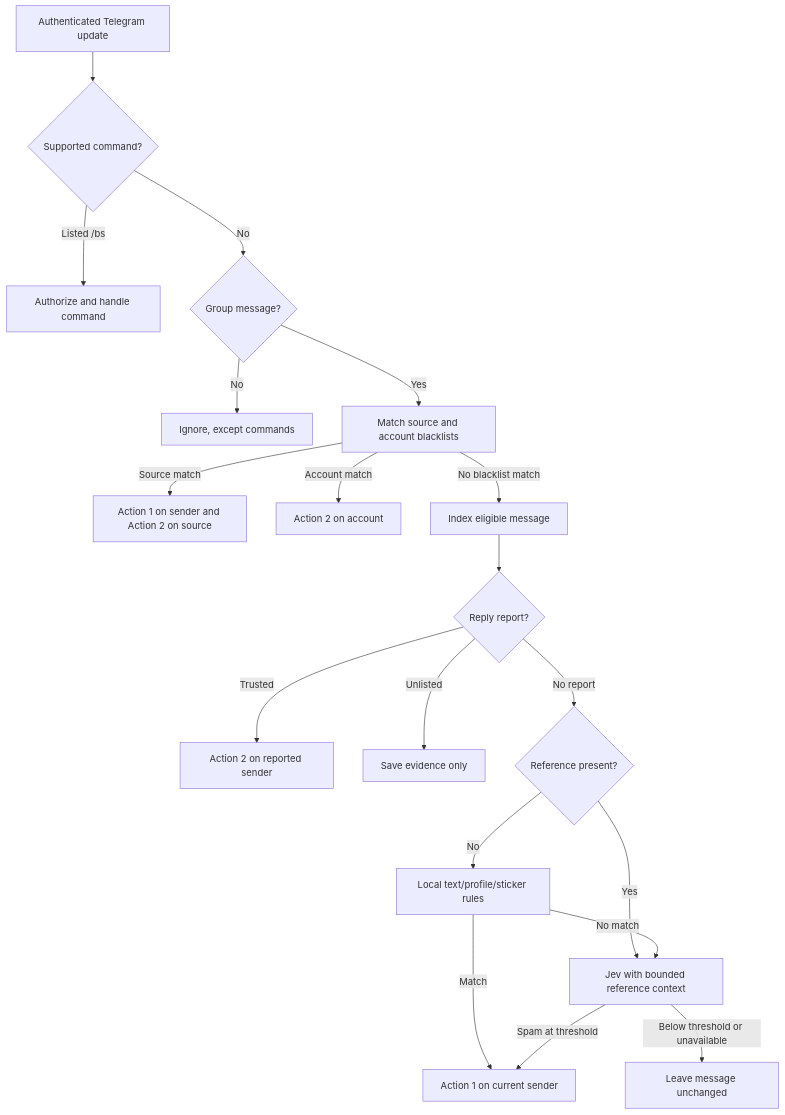
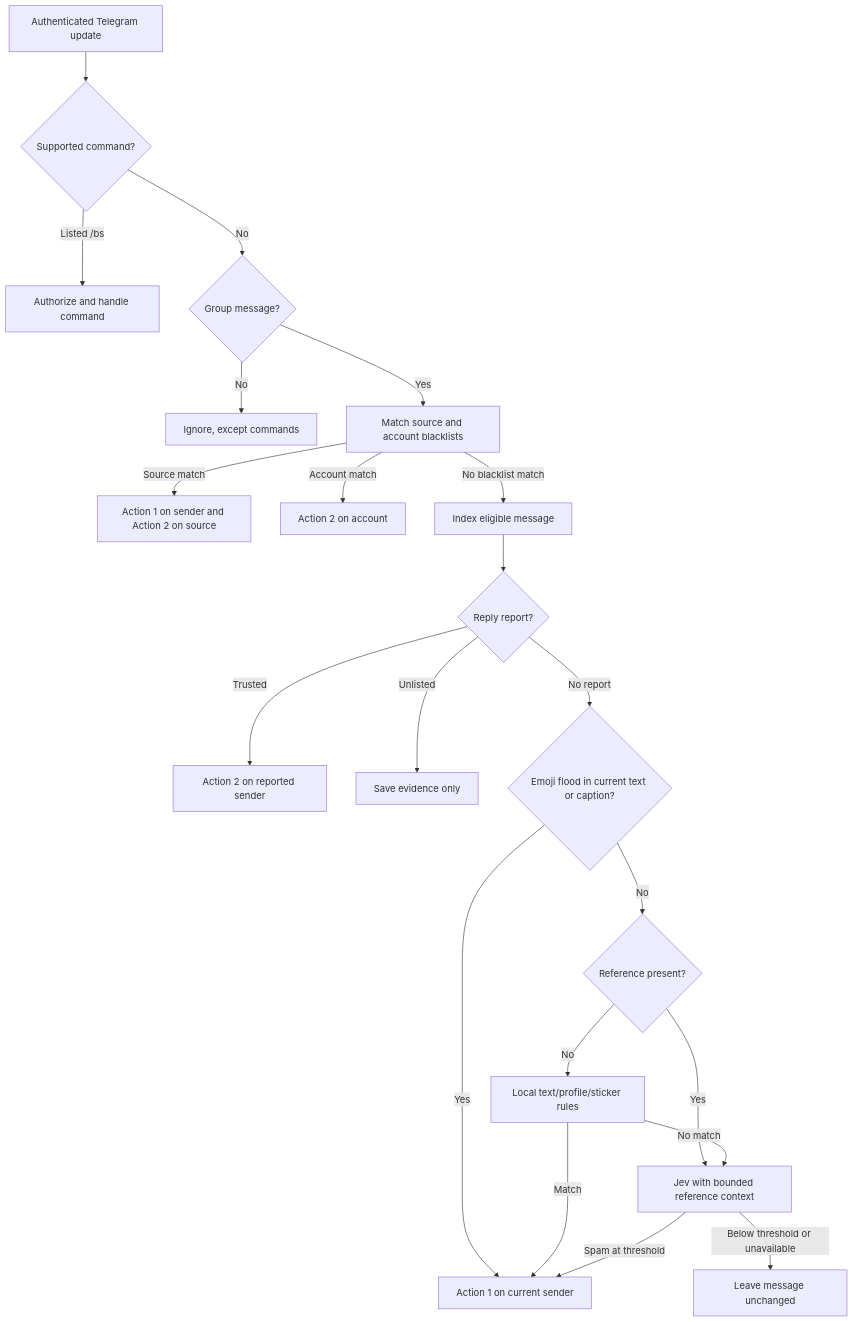
Before and after one commit to IceCodeNew/anti-fwd-spam: the first of 2 diagrams in docs/behavior.md, drawn with Mermaid. The commit also changed other lines of this file and 8 other files, not shown here.

````diff
--- a/docs/behavior.md
+++ b/docs/behavior.md
@@ -30,21 +30,23 @@
 ```mermaid
 flowchart TD
     A[Authenticated Telegram update] --> B{Supported command?}
     B -->|Listed /bs| C[Authorize and handle command]
     B -->|No| D{Group message?}
     D -->|No| E[Ignore, except commands]
     D -->|Yes| F[Match source and account blacklists]
     F -->|Source match| G[Action 1 on sender and Action 2 on source]
     F -->|Account match| H[Action 2 on account]
     F -->|No blacklist match| I[Index eligible message]
     I --> J{Reply report?}
     J -->|Trusted| K[Action 2 on reported sender]
     J -->|Unlisted| L[Save evidence only]
-    J -->|No report| M{Reference present?}
+    J -->|No report| R{Emoji flood in current text or caption?}
+    R -->|Yes| P[Action 1 on current sender]
+    R -->|No| M{Reference present?}
     M -->|Yes| N[Jev with bounded reference context]
     M -->|No| O[Local text/profile/sticker rules]
     O -->|Match| P[Action 1 on current sender]
     O -->|No match| N
     N -->|Spam at threshold| P
     N -->|Below threshold or unavailable| Q[Leave message unchanged]
 ```
````
